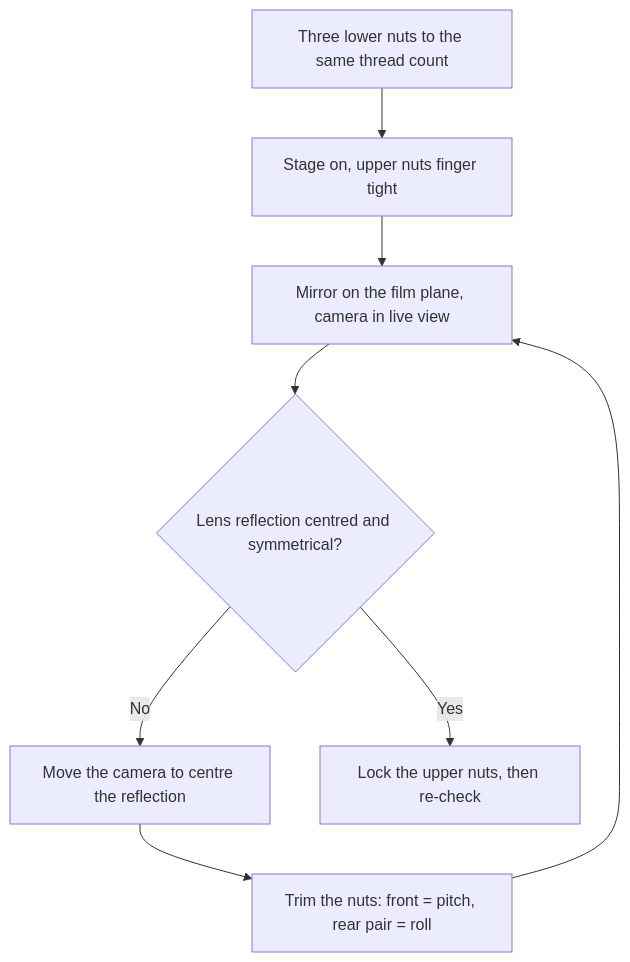
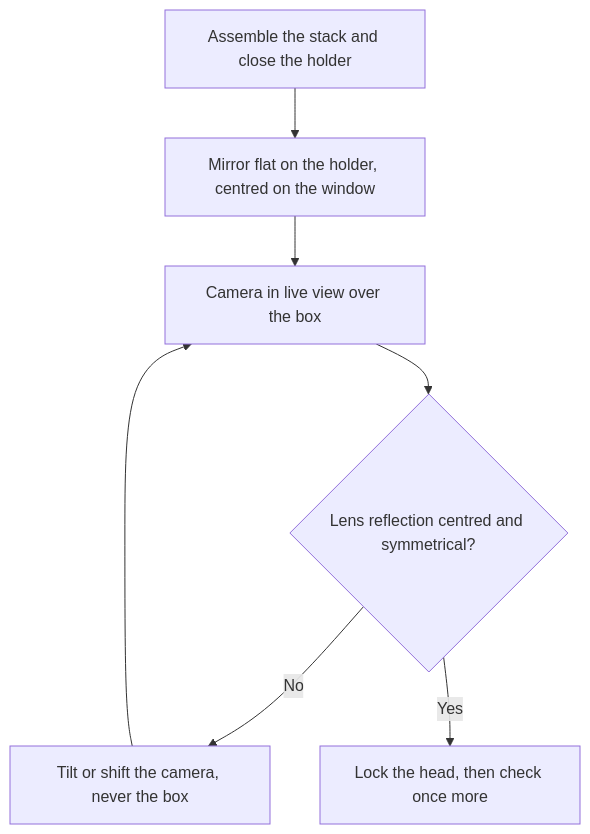
Before and after one commit to Neoanaloglab/Neobox: the diagram in docs/assembly.md, drawn with Mermaid. The commit also changed other lines of this file and 30 other files, not shown here.

````diff
--- a/docs/assembly.md
+++ b/docs/assembly.md
@@ -218,10 +141,9 @@
 ```mermaid
 flowchart TD
-    A[Three lower nuts to the same thread count] --> B[Stage on, upper nuts finger tight]
-    B --> C[Mirror on the film plane, camera in live view]
+    A[Assemble the stack and close the holder] --> B[Mirror flat on the holder, centred on the window]
+    B --> C[Camera in live view over the box]
     C --> D{Lens reflection centred and symmetrical?}
-    D -- No --> E[Move the camera to centre the reflection]
-    E --> F[Trim the nuts: front = pitch, rear pair = roll]
-    F --> C
-    D -- Yes --> G[Lock the upper nuts, then re-check]
+    D -- No --> E[Tilt or shift the camera, never the box]
+    E --> C
+    D -- Yes --> F[Lock the head, then check once more]
 ```
````
